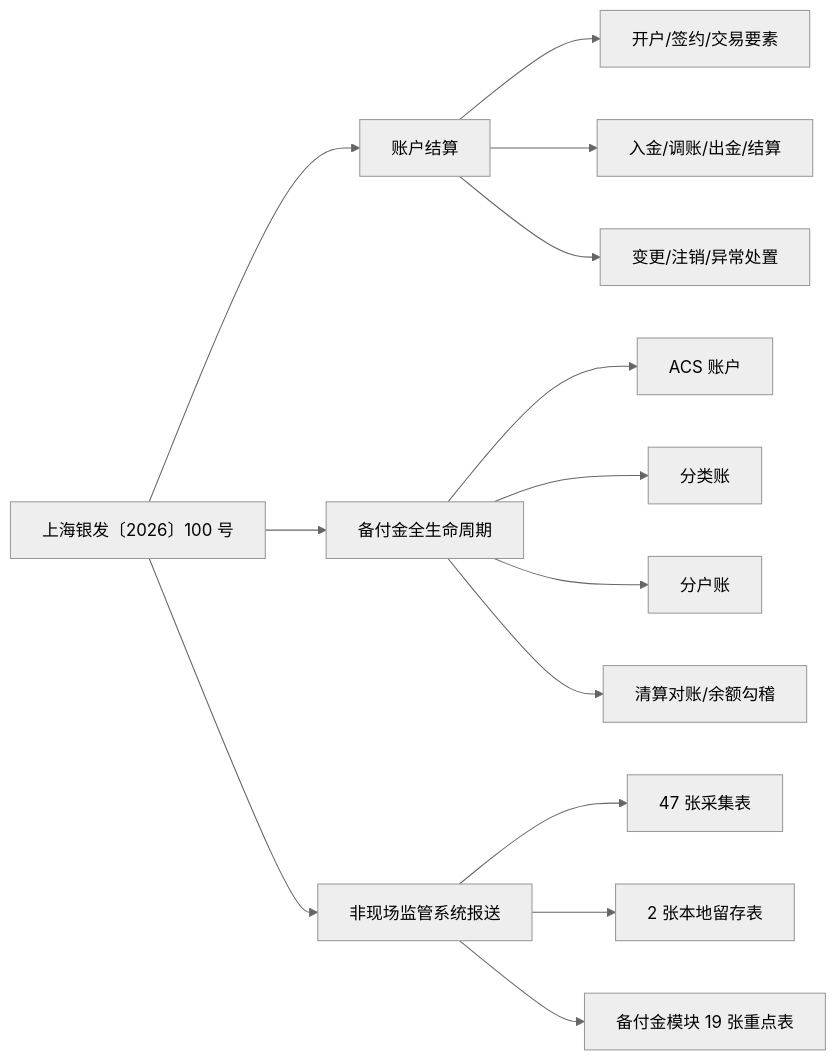
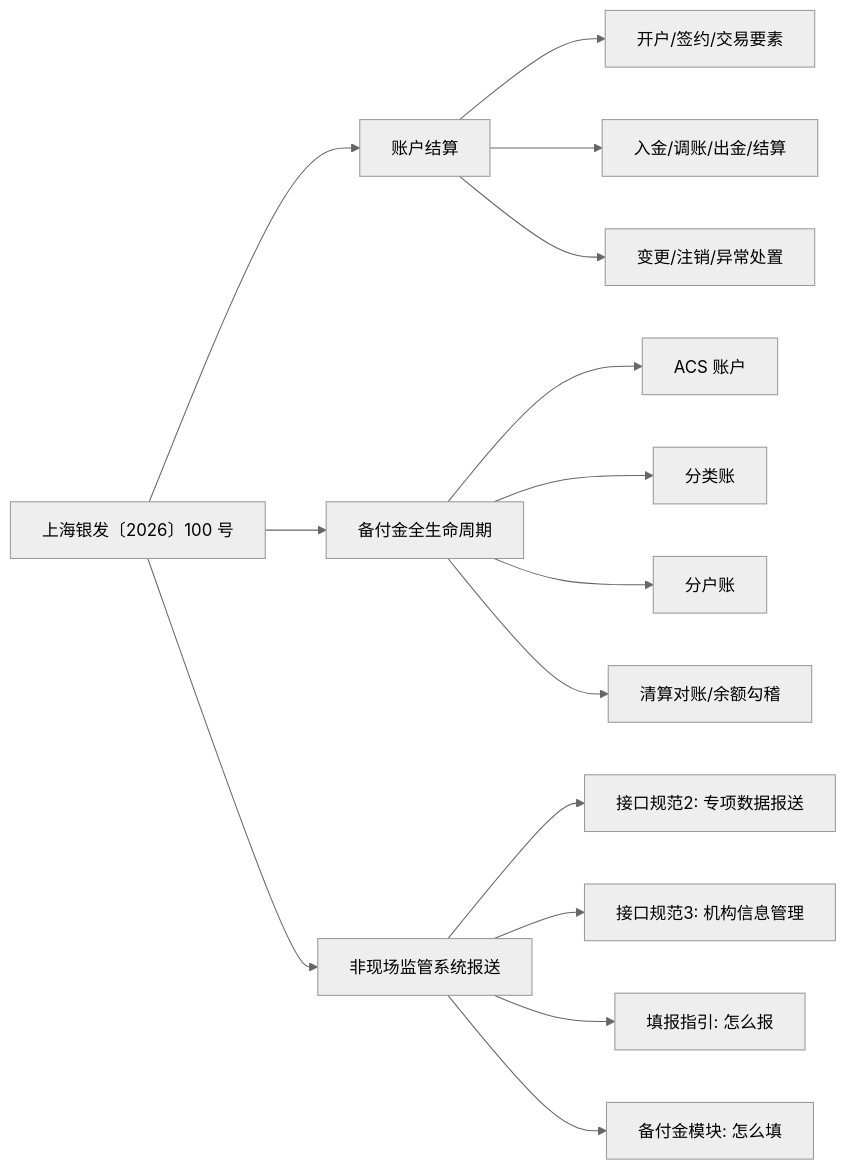
Before and after one commit to hhhope/kapathy-wiki-workflow-kit: the first of 3 diagrams in wiki/reports/account-clearing-payment-settlement-2026-brief.md, drawn with Mermaid (neutral theme). The commit also changed other lines of this file, not shown here.

````diff
--- a/wiki/reports/account-clearing-payment-settlement-2026-brief.md
+++ b/wiki/reports/account-clearing-payment-settlement-2026-brief.md
@@ -14,19 +14,20 @@
 ```mermaid
 flowchart LR
   A[上海银发〔2026〕100 号] --> B[账户结算]
   A --> C[备付金全生命周期]
   A --> D[非现场监管系统报送]
 
   B --> B1[开户/签约/交易要素]
   B --> B2[入金/调账/出金/结算]
   B --> B3[变更/注销/异常处置]
 
   C --> C1[ACS 账户]
   C --> C2[分类账]
   C --> C3[分户账]
   C --> C4[清算对账/余额勾稽]
 
-  D --> D1[47 张采集表]
-  D --> D2[2 张本地留存表]
-  D --> D3[备付金模块 19 张重点表]
+  D --> D1[接口规范2: 专项数据报送]
+  D --> D2[接口规范3: 机构信息管理]
+  D --> D3[填报指引: 怎么报]
+  D --> D4[备付金模块: 怎么填]
 ```
````
